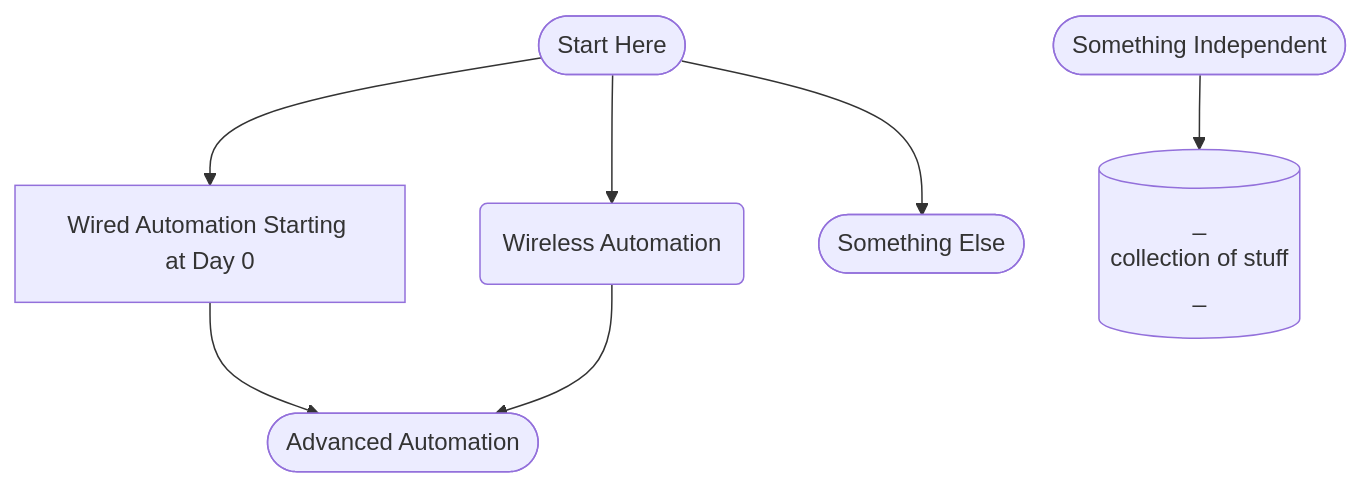
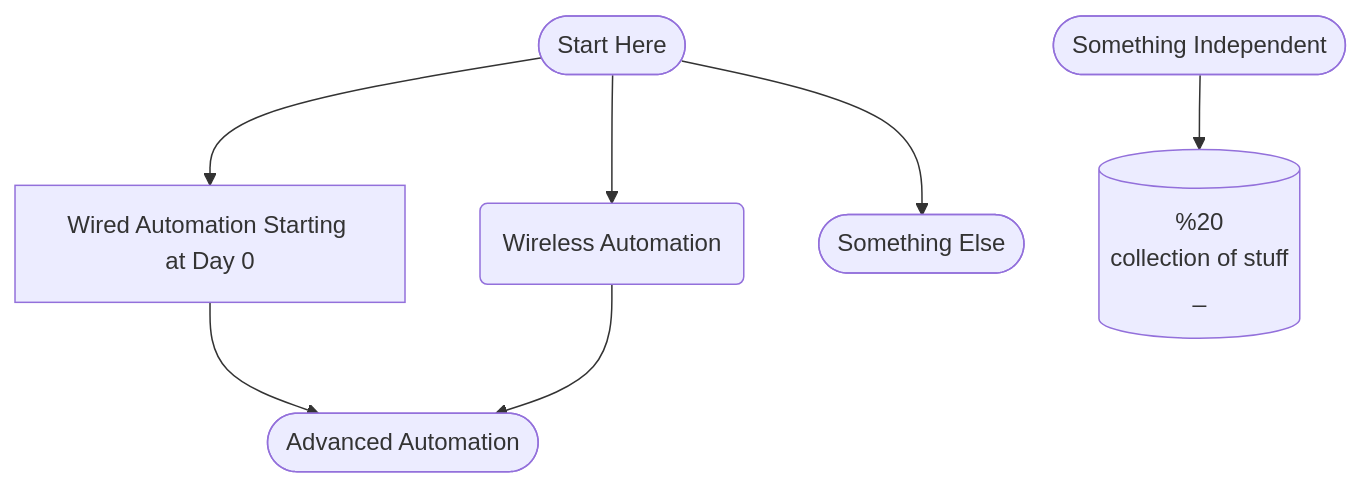
Before and after one commit to chanhale/toshare: the diagram in flowdiagram.md, drawn with Mermaid.

````diff
--- a/flowdiagram.md
+++ b/flowdiagram.md
@@ -3,18 +3,18 @@
 ```mermaid
 graph TD;
     box1([Start Here]);
     box2[Wired Automation Starting at Day 0];
     box3(Wireless Automation);
     box4([Something Else]);
     box5([Advanced Automation]);
     box6([Something Independent]);
-    box7[("`_
+    box7[("`%20
      collection of stuff
     _`")];
     box1-->box2 & box3 & box4;
     box2 & box3-->box5;
     box6-->box7;
     click box2 "https://github.com/kebaldwi/DNAC-TEMPLATES/tree/master/LABS/LAB-1-Wired-Automation" "wired";
     click box3 "https://github.com/kebaldwi/DNAC-TEMPLATES/tree/master/LABS/LAB-2-Wireless-Automation" "wireless";
     click box5 "https://github.com/kebaldwi/DNAC-TEMPLATES/tree/master/LABS/LAB-3-Advanced-Automation" "advanced";
 ```
````
